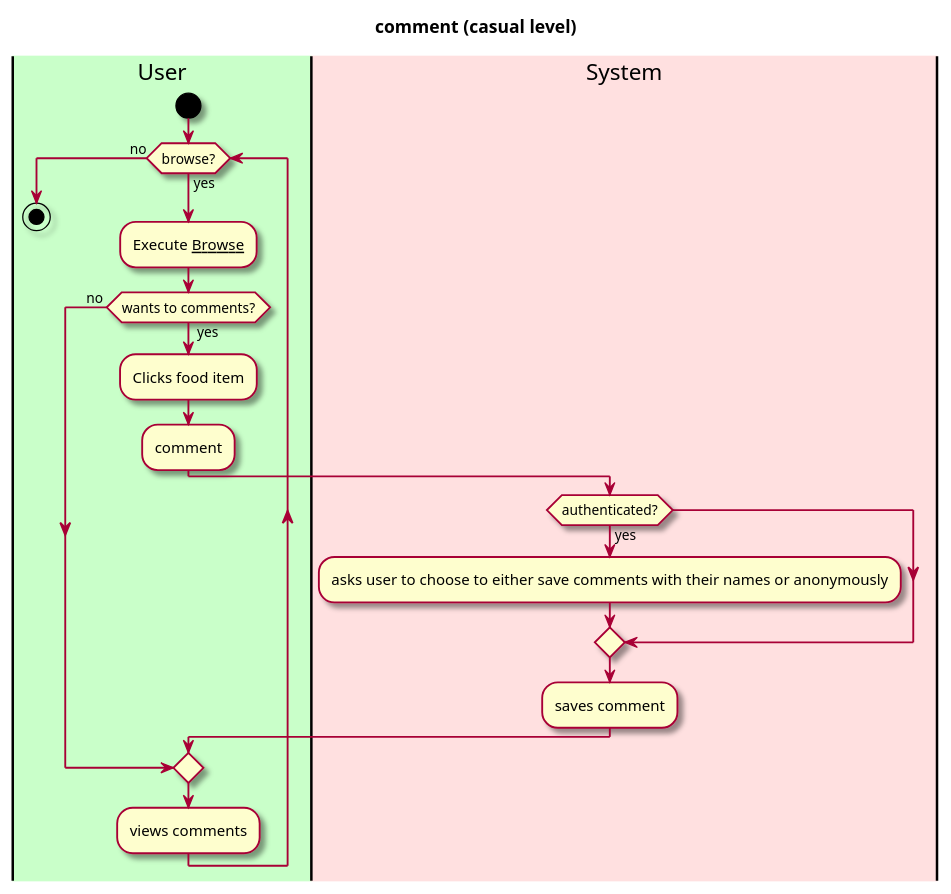
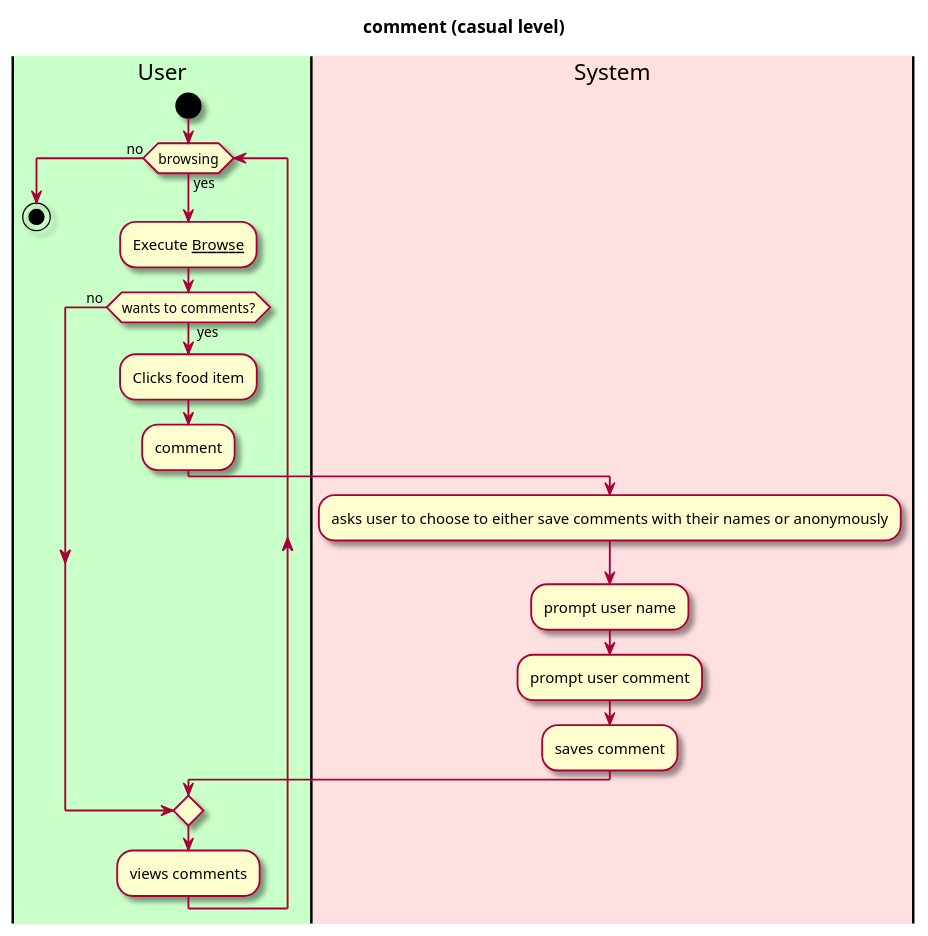
The diagram in intellij/doc/use-cases/use-case-comment.md (EzekielEkanem/team-1d), drawn with PlantUML before and after one commit. The commit also changed 1 other file, not shown here.

Commit message:
Update comment and preference usecase from elaboration 2 feedback

````diff
--- a/intellij/doc/use-cases/use-case-comment.md
+++ b/intellij/doc/use-cases/use-case-comment.md
@@ -23,40 +23,39 @@
 ```plantuml
 @startuml
 
 skin rose
 
 title comment (casual level)
 
 'define the lanes
 
 |#technology|User|
 |#implementation|System|
 
 
 |User|
 
 start
 
-while (browse?) is (yes) 
+while (browsing) is (yes) 
     :Execute __Browse__;
     if (wants to comments?) is  ( yes ) then
         :Clicks food item;
         :comment;
         |System|
-        if (authenticated?) is (yes) then
-            :asks user to choose to either save comments with their names or anonymously;
-        else
-        endif
+        :asks user to choose to either save comments with their names or anonymously;
+        :prompt user name;
+        :prompt user comment;
         :saves comment;
     else ( no ) 
     endif  
     
     
 
 |User|
 :views comments;
 endwhile(no)
 
 stop
 @enduml
 ```
````
